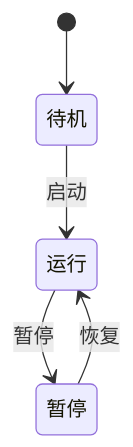
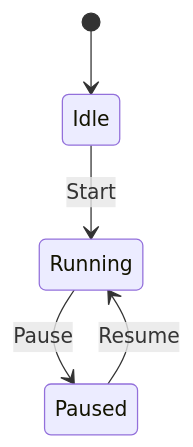
One commit to onshinpei/react-markdown-mermaid changed the seventh of 9 diagrams in README.md. Above: the diagram before and after it, drawn with Mermaid. The commit also changed other lines of this file and 1 other file, not shown here.

````diff
--- a/README.md
+++ b/README.md
@@ -290,7 +285,7 @@
 ```mermaid
 stateDiagram-v2
-  [*] --> 待机
-  待机 --> 运行 : 启动
-  运行 --> 暂停 : 暂停
-  暂停 --> 运行 : 恢复
+  [*] --> Idle
+  Idle --> Running : Start
+  Running --> Paused : Pause
+  Paused --> Running : Resume
 ```
````
